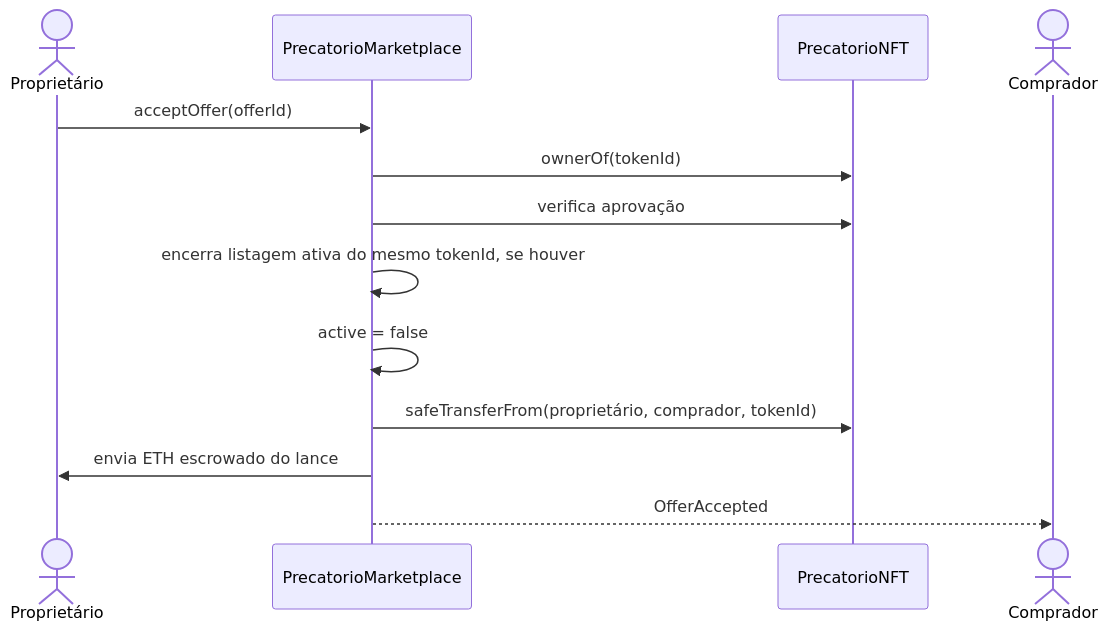
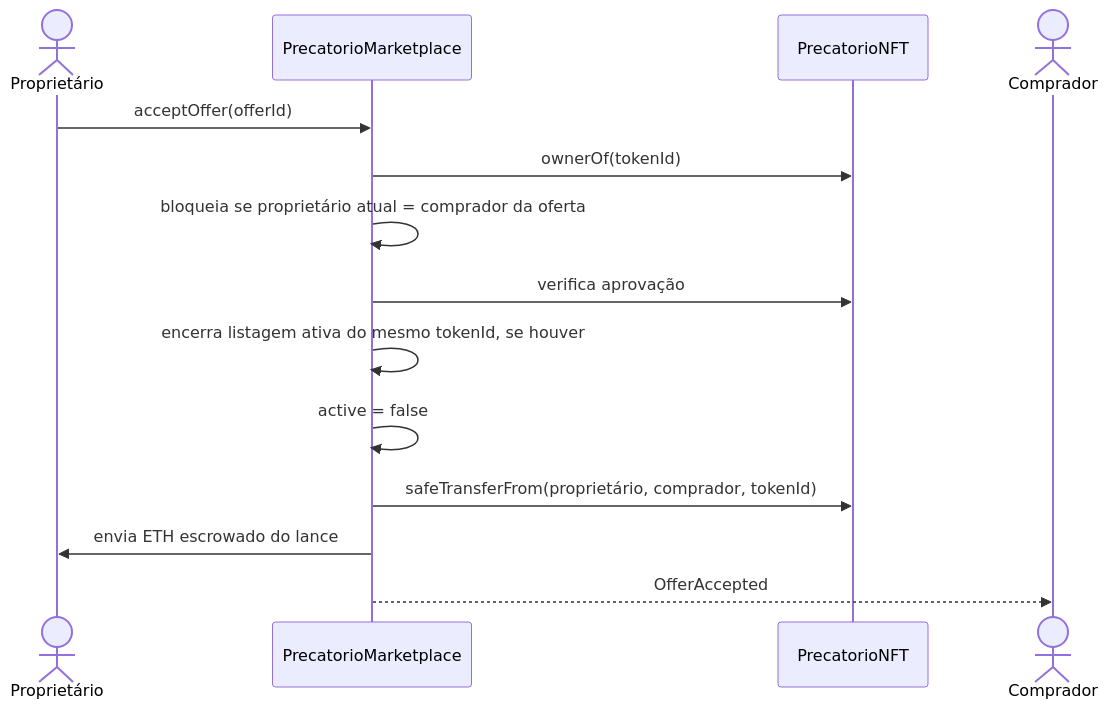
Before and after one commit to Victor-droid165/blockchain: the fifth of 6 diagrams in Lab4/docs/fluxos/mercado-secundario.md, drawn with Mermaid. The commit also changed other lines of this file and 5 other files, not shown here.

````diff
--- a/Lab4/docs/fluxos/mercado-secundario.md
+++ b/Lab4/docs/fluxos/mercado-secundario.md
@@ -79,16 +79,17 @@
 ```mermaid
 sequenceDiagram
     actor Proprietário
     participant MKT as PrecatorioMarketplace
     participant NFT as PrecatorioNFT
     actor Comprador
 
     Proprietário->>MKT: acceptOffer(offerId)
     MKT->>NFT: ownerOf(tokenId)
+    MKT->>MKT: bloqueia se proprietário atual = comprador da oferta
     MKT->>NFT: verifica aprovação
     MKT->>MKT: encerra listagem ativa do mesmo tokenId, se houver
     MKT->>MKT: active = false
     MKT->>NFT: safeTransferFrom(proprietário, comprador, tokenId)
     MKT->>Proprietário: envia ETH escrowado do lance
     MKT-->>Comprador: OfferAccepted
 ```
````
